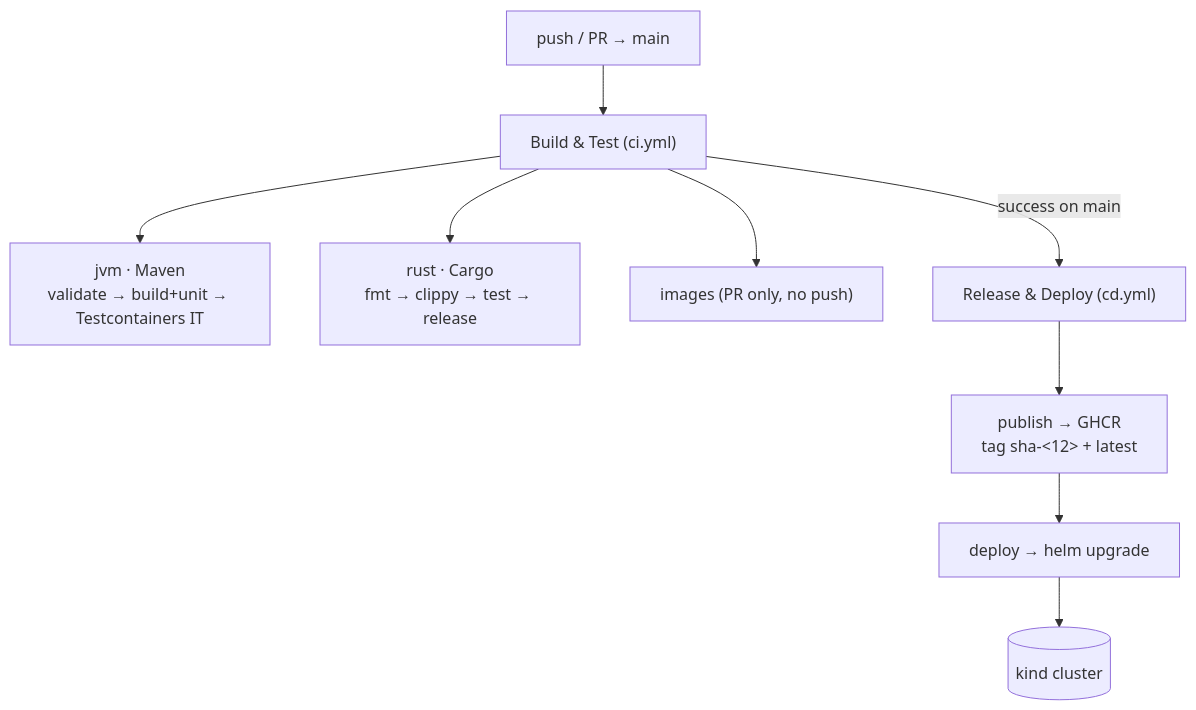
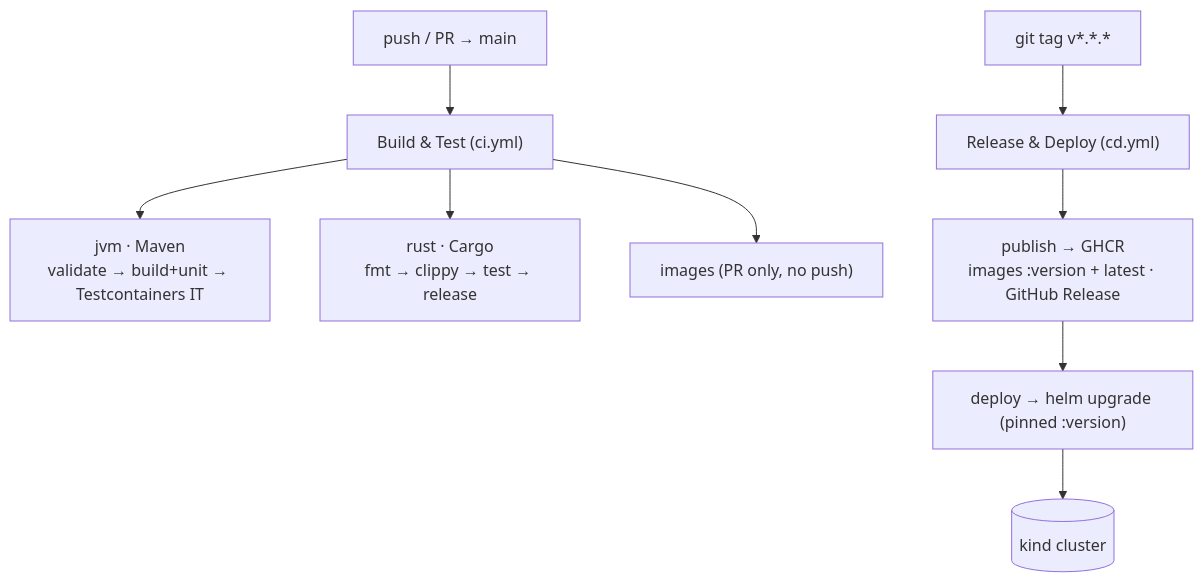
The diagram in docs/cicd.md (TwistedLady/elevator-system), drawn with Mermaid before and after one commit. The commit also changed other lines of this file and 1 other file, not shown here.

First line of the commit message:
CD: tag-only deploys (no rolling deploy on main pushes)

````diff
--- a/docs/cicd.md
+++ b/docs/cicd.md
@@ -6,10 +6,10 @@
 ```mermaid
 flowchart TB
   push["push / PR → main"] --> bt["Build & Test (ci.yml)"]
   bt --> jvm["jvm · Maven<br/>validate → build+unit → Testcontainers IT"]
   bt --> rust["rust · Cargo<br/>fmt → clippy → test → release"]
   bt --> img["images (PR only, no push)"]
-  bt -->|success on main| rd["Release & Deploy (cd.yml)"]
-  rd --> pub["publish → GHCR<br/>tag sha-&lt;12&gt; + latest"]
-  pub --> dep["deploy → helm upgrade"] --> k8s[("kind cluster")]
+  tag["git tag v*.*.*"] --> rd["Release & Deploy (cd.yml)"]
+  rd --> pub["publish → GHCR<br/>images :version + latest · GitHub Release"]
+  pub --> dep["deploy → helm upgrade (pinned :version)"] --> k8s[("kind cluster")]
 ```
````
